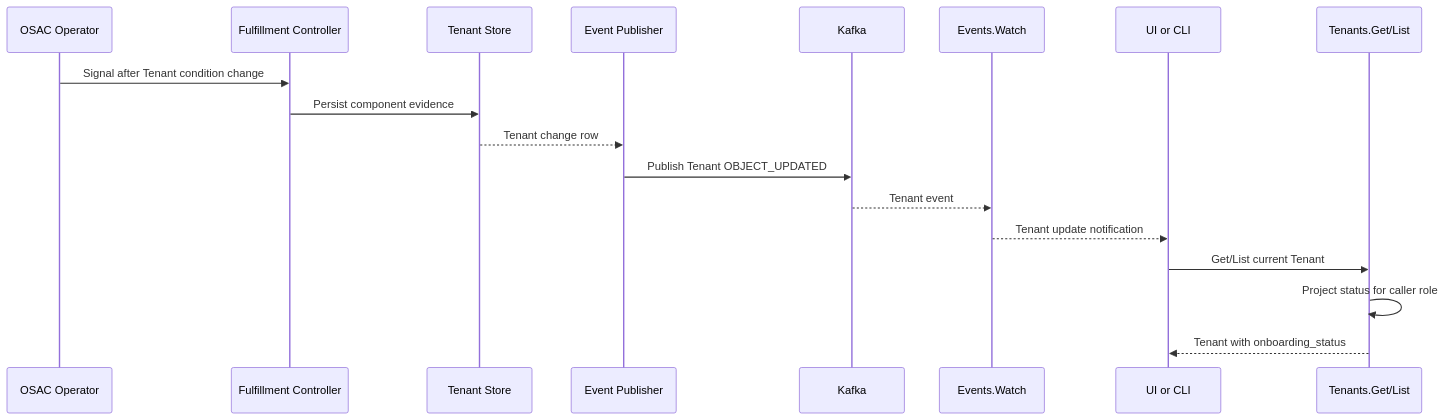
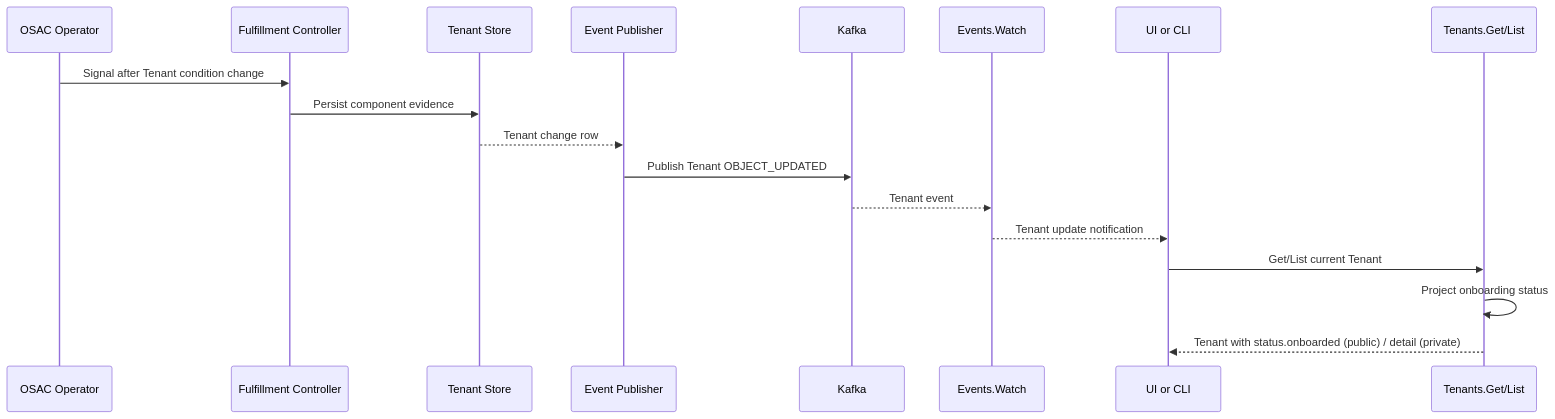
Before and after one commit to osac-project/enhancement-proposals: the diagram in enhancements/OSAC-3976-tenant-onboarded-status-for-minimal-onboarding-requirements/design.md, drawn with Mermaid. The commit also changed other lines of this file and 1 other file, not shown here.

First line of the commit message:
OSAC-3976: revise — public bool onboarded, private admin detail, review fixes

````diff
--- a/enhancements/OSAC-3976-tenant-onboarded-status-for-minimal-onboarding-requirements/design.md
+++ b/enhancements/OSAC-3976-tenant-onboarded-status-for-minimal-onboarding-requirements/design.md
@@ -128,21 +142,21 @@
 ```mermaid
 sequenceDiagram
     participant OP as OSAC Operator
     participant FC as Fulfillment Controller
     participant DB as Tenant Store
     participant EP as Event Publisher
     participant K as Kafka
     participant EV as Events.Watch
     participant C as UI or CLI
     participant API as Tenants.Get/List
 
     OP->>FC: Signal after Tenant condition change
     FC->>DB: Persist component evidence
     DB-->>EP: Tenant change row
     EP->>K: Publish Tenant OBJECT_UPDATED
     K-->>EV: Tenant event
     EV-->>C: Tenant update notification
     C->>API: Get/List current Tenant
-    API->>API: Project status for caller role
-    API-->>C: Tenant with onboarding_status
+    API->>API: Project onboarding status
+    API-->>C: Tenant with status.onboarded (public) / detail (private)
 ```
````
